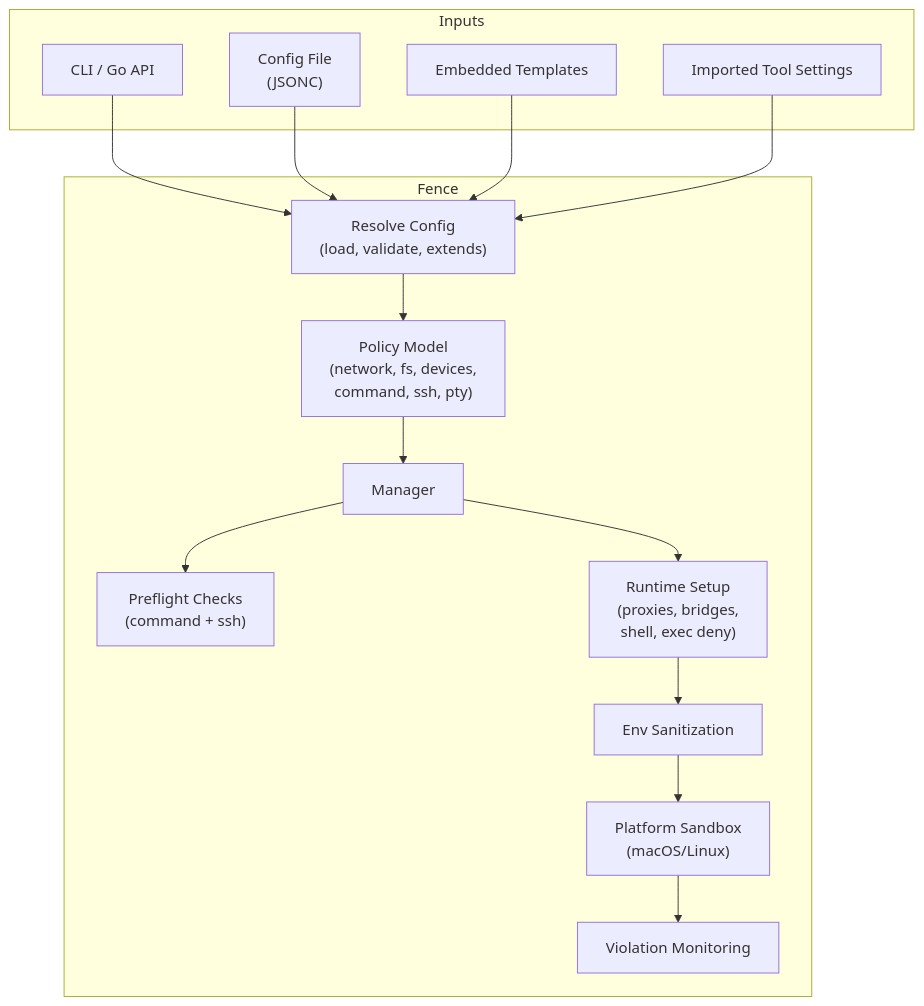
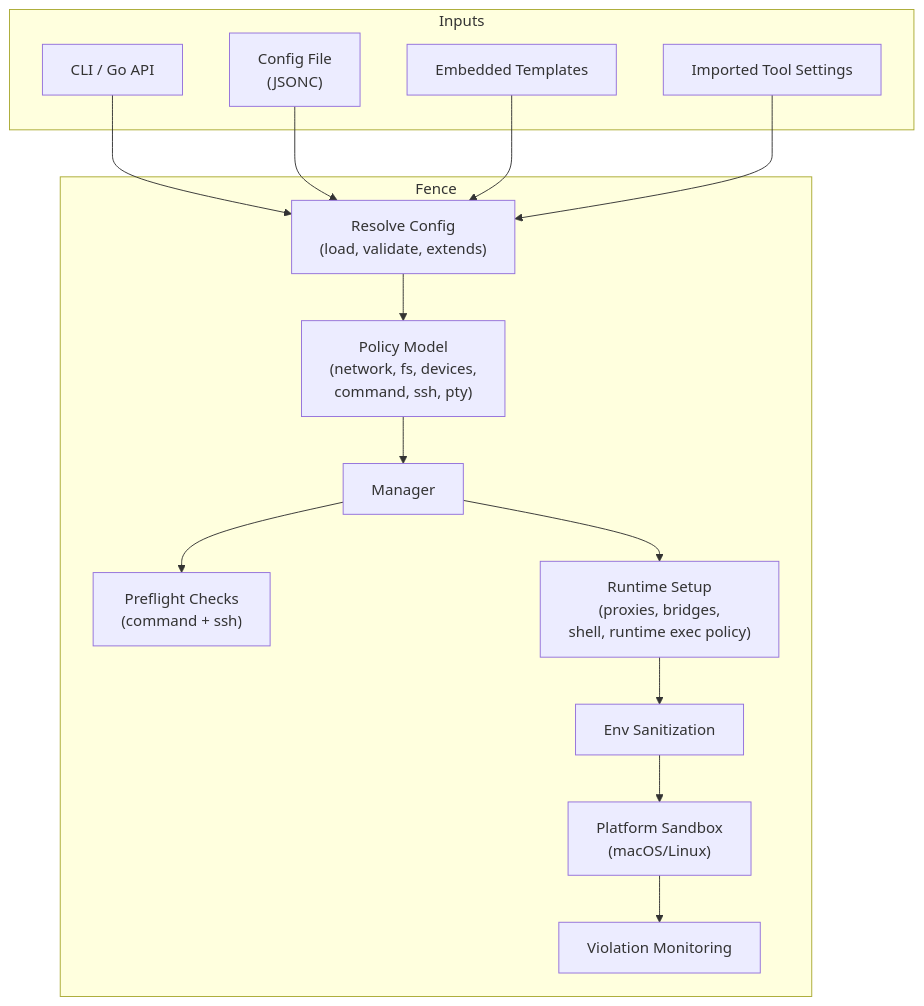
Before and after one commit to dtomasi/fence: the first of 5 diagrams in ARCHITECTURE.md, drawn with Mermaid. The commit also changed other lines of this file and 17 other files, not shown here.

Commit message:
feat: add argv-aware runtime exec policy for linux (#109)

````diff
--- a/ARCHITECTURE.md
+++ b/ARCHITECTURE.md
@@ -16,32 +16,32 @@
 ```mermaid
 flowchart TB
     subgraph Inputs
         CLI["CLI / Go API"]
         Settings["Config File<br/>(JSONC)"]
         Templates["Embedded Templates"]
         Import["Imported Tool Settings"]
     end
 
     subgraph Fence
         Resolve["Resolve Config<br/>(load, validate, extends)"]
         Policy["Policy Model<br/>(network, fs, devices,<br/>command, ssh, pty)"]
         Manager["Manager"]
         Checks["Preflight Checks<br/>(command + ssh)"]
-        Runtime["Runtime Setup<br/>(proxies, bridges,<br/>shell, exec deny)"]
+        Runtime["Runtime Setup<br/>(proxies, bridges,<br/>shell, runtime exec policy)"]
         Env["Env Sanitization"]
         Sandbox["Platform Sandbox<br/>(macOS/Linux)"]
         Monitor["Violation Monitoring"]
     end
 
     CLI --> Resolve
     Settings --> Resolve
     Templates --> Resolve
     Import --> Resolve
     Resolve --> Policy
     Policy --> Manager
     Manager --> Checks
     Manager --> Runtime
     Runtime --> Env
     Env --> Sandbox
     Sandbox --> Monitor
 ```
````
